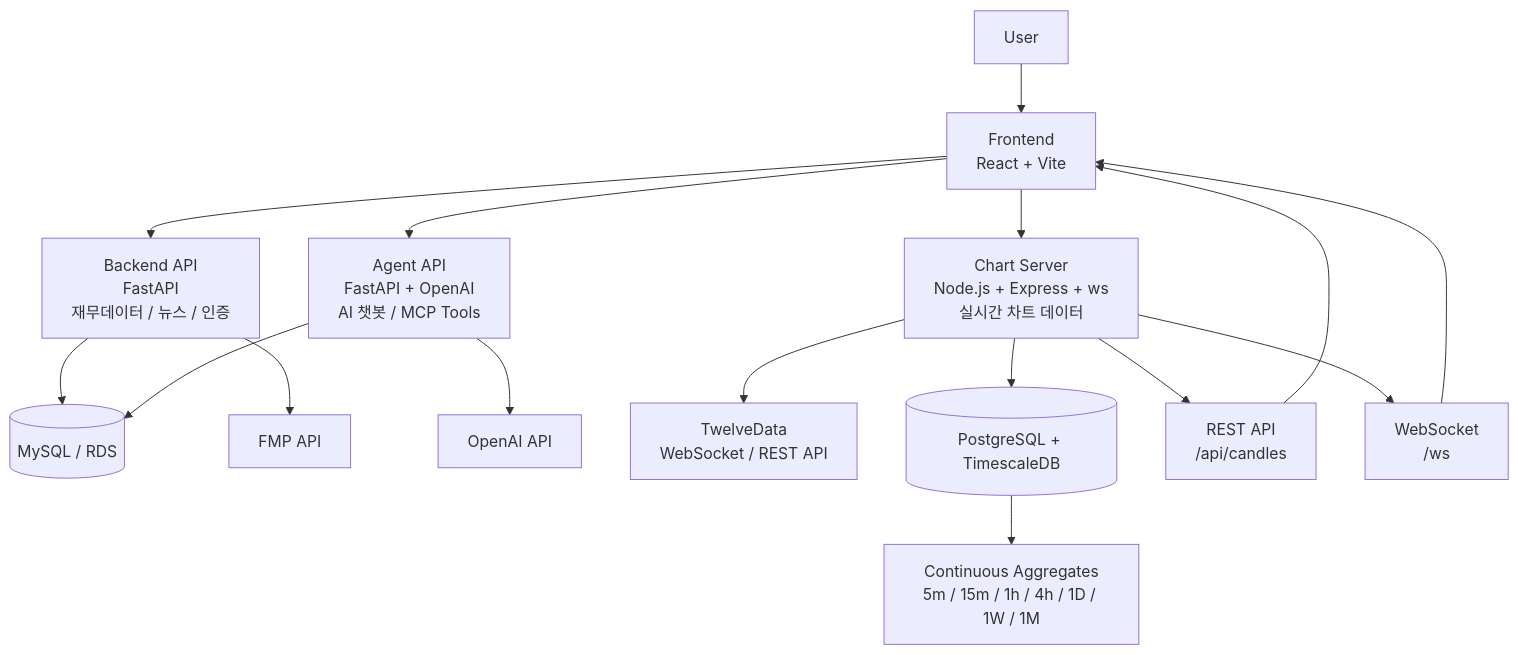
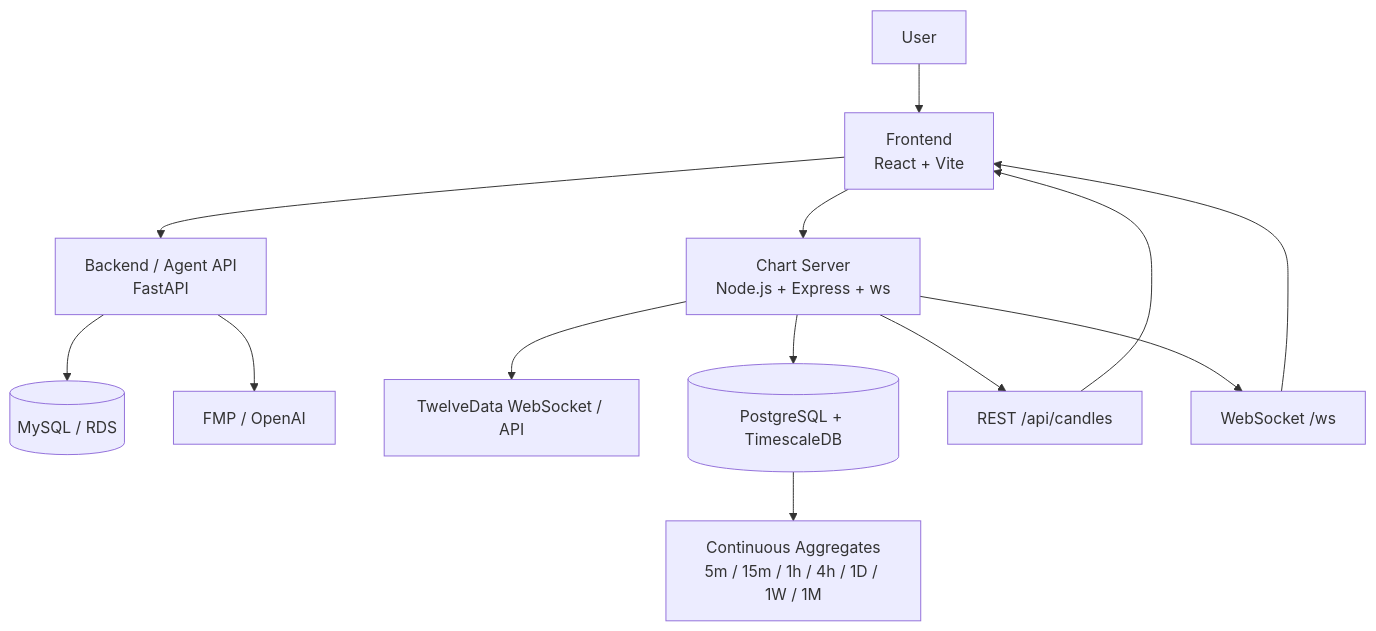
The diagram in README.md (asd1702/Fin_D), drawn with Mermaid before and after one commit. The commit also changed other lines of this file and 6 other files, not shown here.

Commit message:
docs: FinD Chart Server 포트폴리오 문서 최종 정리

````diff
--- a/README.md
+++ b/README.md
@@ -24,24 +11,18 @@
 ```mermaid
 flowchart TB
     user["User"] --> front["Frontend<br/>React + Vite"]
-
-    front --> backend["Backend API<br/>FastAPI<br/>재무데이터 / 뉴스 / 인증"]
-    front --> agent["Agent API<br/>FastAPI + OpenAI<br/>AI 챗봇 / MCP Tools"]
-    front --> chart["Chart Server<br/>Node.js + Express + ws<br/>실시간 차트 데이터"]
+    front --> backend["Backend / Agent API<br/>FastAPI"]
+    front --> chart["Chart Server<br/>Node.js + Express + ws"]
 
     backend --> mysql[("MySQL / RDS")]
-    agent --> mysql
+    backend --> external["FMP / OpenAI"]
 
-    backend --> fmp["FMP API"]
-    agent --> openai["OpenAI API"]
-
-    chart --> td["TwelveData<br/>WebSocket / REST API"]
+    chart --> td["TwelveData WebSocket / API"]
     chart --> tsdb[("PostgreSQL + TimescaleDB")]
     tsdb --> ca["Continuous Aggregates<br/>5m / 15m / 1h / 4h / 1D / 1W / 1M"]
 
-    chart --> chartRest["REST API<br/>/api/candles"]
-    chart --> chartWs["WebSocket<br/>/ws"]
-
-    chartRest --> front
-    chartWs --> front
+    chart --> rest["REST /api/candles"]
+    chart --> socket["WebSocket /ws"]
+    rest --> front
+    socket --> front
 ```
````
